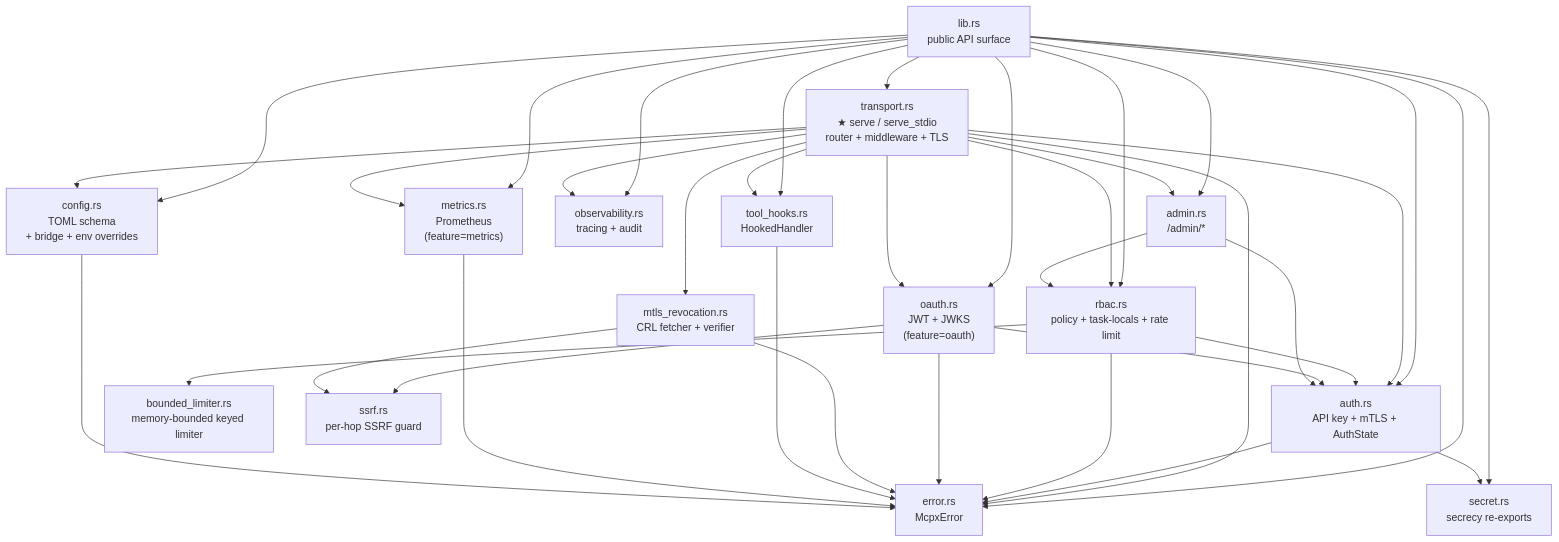
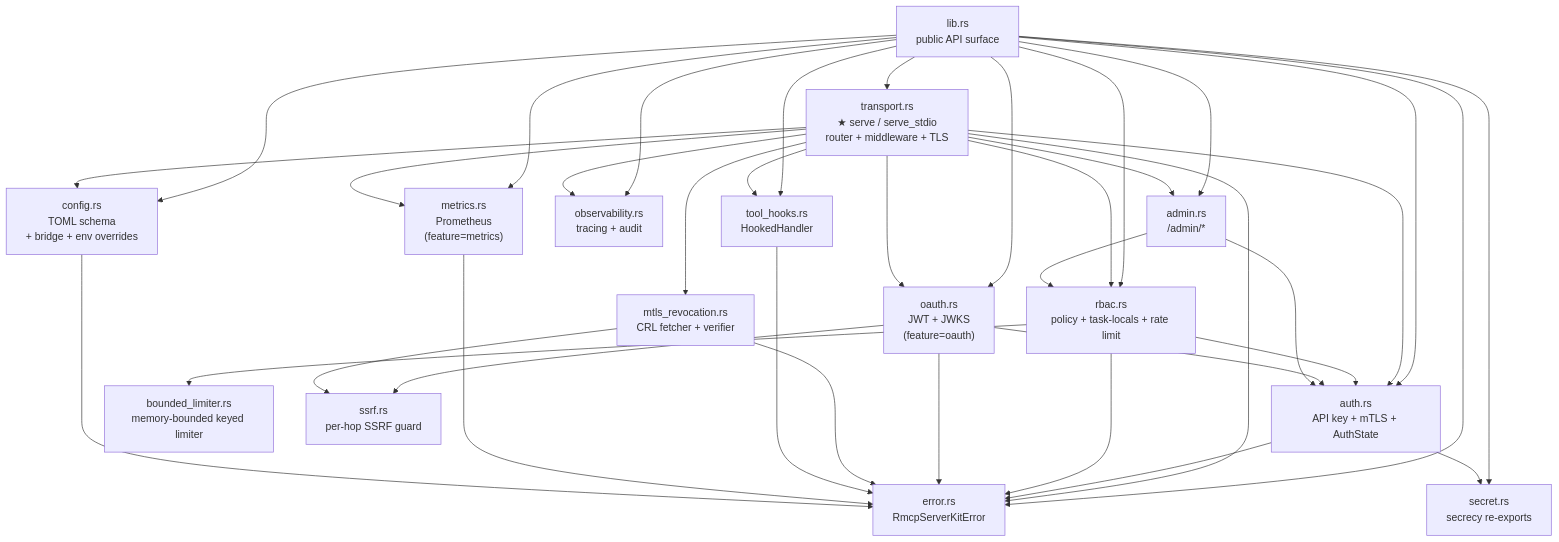
The fourth of 4 diagrams in docs/MINDMAP.md (andrico21/rmcp-server-kit), drawn with Mermaid before and after one commit. The commit also changed other lines of this file and 20 other files, not shown here.

````diff
--- a/docs/MINDMAP.md
+++ b/docs/MINDMAP.md
@@ -359,57 +359,57 @@
 ```mermaid
 graph TD
     lib[lib.rs<br/>public API surface]
     transport[transport.rs<br/>★ serve / serve_stdio<br/>router + middleware + TLS]
     auth[auth.rs<br/>API key + mTLS + AuthState]
     rbac[rbac.rs<br/>policy + task-locals + rate limit]
     bl[bounded_limiter.rs<br/>memory-bounded keyed limiter]
     oauth["oauth.rs<br/>JWT + JWKS<br/>(feature=oauth)"]
     ssrf[ssrf.rs<br/>per-hop SSRF guard]
     mtlsr[mtls_revocation.rs<br/>CRL fetcher + verifier]
     admin[admin.rs<br/>/admin/*]
     hooks[tool_hooks.rs<br/>HookedHandler]
     obs[observability.rs<br/>tracing + audit]
     metrics["metrics.rs<br/>Prometheus<br/>(feature=metrics)"]
     config[config.rs<br/>TOML schema<br/>+ bridge + env overrides]
-    error[error.rs<br/>McpxError]
+    error[error.rs<br/>RmcpServerKitError]
     secret[secret.rs<br/>secrecy re-exports]
 
     lib --> transport
     lib --> auth
     lib --> rbac
     lib --> oauth
     lib --> admin
     lib --> hooks
     lib --> obs
     lib --> metrics
     lib --> config
     lib --> error
     lib --> secret
 
     transport --> auth
     transport --> rbac
     transport --> oauth
     transport --> mtlsr
     transport --> admin
     transport --> hooks
     transport --> obs
     transport --> metrics
     transport --> config
     transport --> error
 
     auth --> error
     auth --> secret
     rbac --> error
     rbac --> auth
     rbac --> bl
     oauth --> error
     oauth --> auth
     oauth --> ssrf
     mtlsr --> ssrf
     mtlsr --> error
     admin --> auth
     admin --> rbac
     hooks --> error
     metrics --> error
     config --> error
 ```
````
